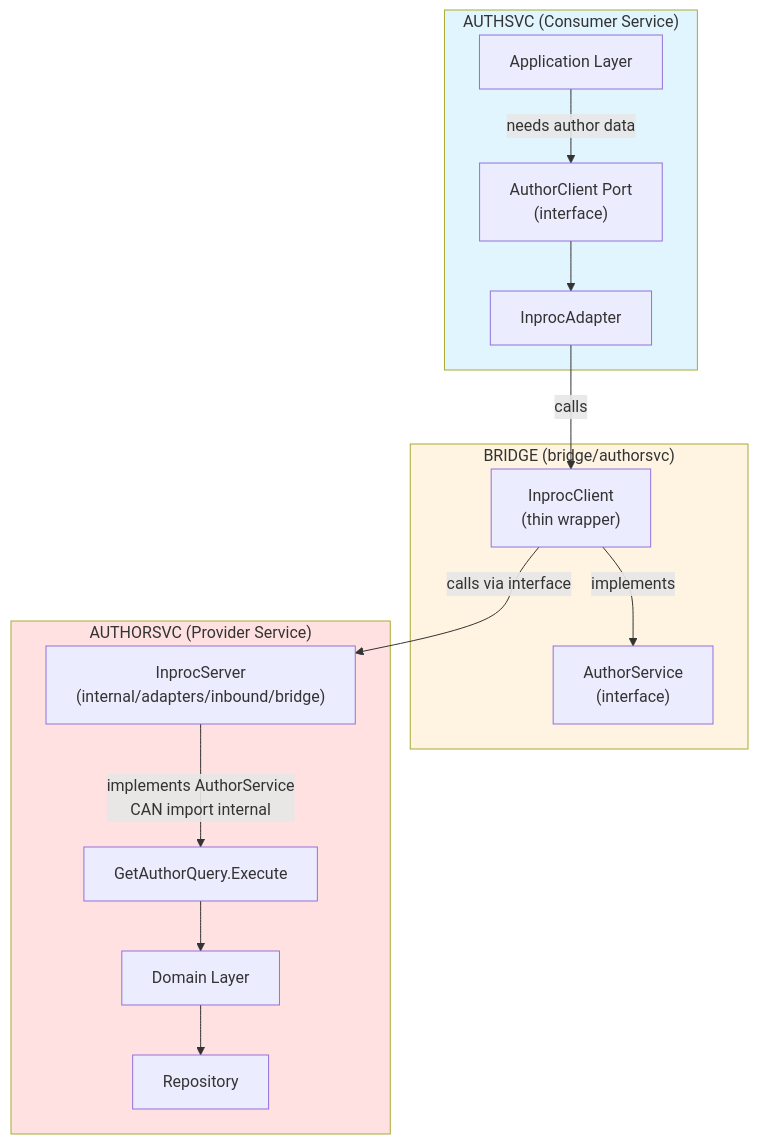
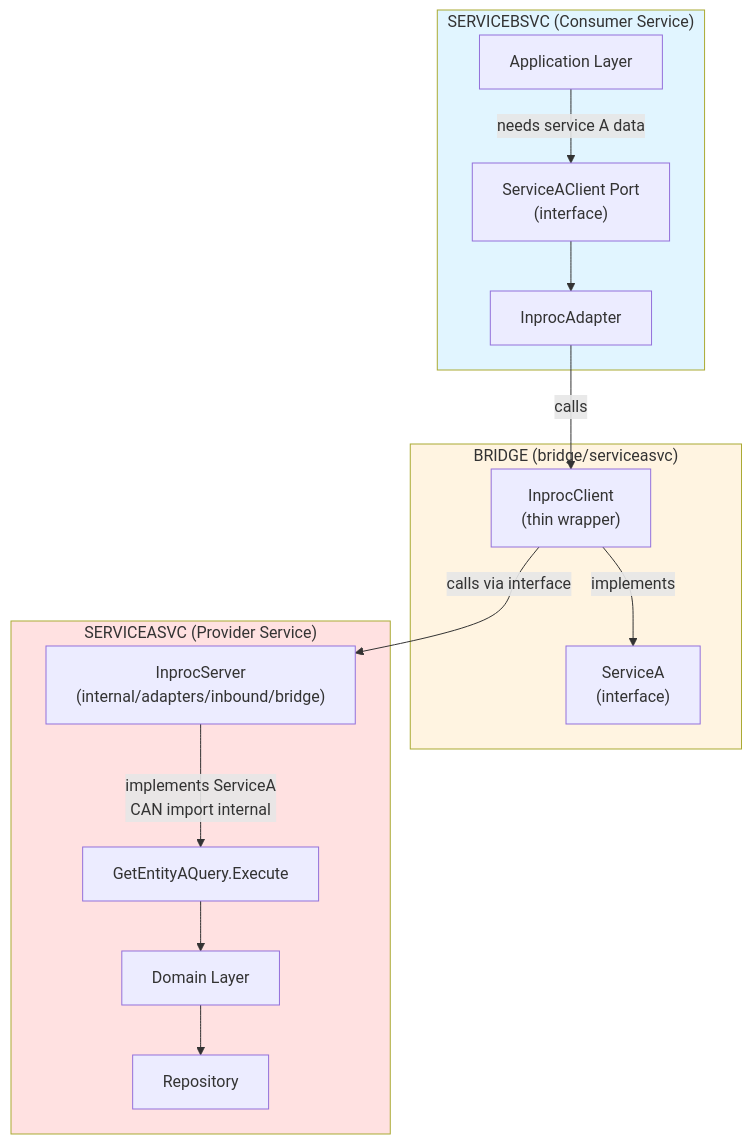
One commit to pivaldi/go-modular-monolith-white-paper changed the diagram in bridge-module-pattern.md. Above: the diagram before and after it, drawn with Mermaid. The commit also changed other lines of this file and 2 other files, not shown here.

Commit message:
Rewrite doc using serviceA/serviceB instead of athor/auth services

````diff
--- a/bridge-module-pattern.md
+++ b/bridge-module-pattern.md
@@ -86,36 +86,36 @@
 ```mermaid
 graph TB
-    subgraph consumer["AUTHSVC (Consumer Service)"]
+    subgraph consumer["SERVICEBSVC (Consumer Service)"]
         app_layer["Application Layer"]
-        port["AuthorClient Port<br/>(interface)"]
+        port["ServiceAClient Port<br/>(interface)"]
         inproc_adapter["InprocAdapter"]
 
-        app_layer -->|needs author data| port
+        app_layer -->|needs service A data| port
         port --> inproc_adapter
     end
 
-    subgraph bridge["BRIDGE (bridge/authorsvc)"]
+    subgraph bridge["BRIDGE (bridge/serviceasvc)"]
         inproc_client["InprocClient<br/>(thin wrapper)"]
-        interface["AuthorService<br/>(interface)"]
+        interface["ServiceA<br/>(interface)"]
 
         inproc_client -->|implements| interface
     end
 
-    subgraph provider["AUTHORSVC (Provider Service)"]
+    subgraph provider["SERVICEASVC (Provider Service)"]
         inproc_server["InprocServer<br/>(internal/adapters/inbound/bridge)"]
-        query["GetAuthorQuery.Execute"]
+        query["GetEntityAQuery.Execute"]
         domain["Domain Layer"]
         repo["Repository"]
 
-        inproc_server -->|implements AuthorService<br/>CAN import internal| query
+        inproc_server -->|implements ServiceA<br/>CAN import internal| query
         query --> domain
         domain --> repo
     end
 
     inproc_adapter -->|calls| inproc_client
     inproc_client -->|calls via interface| inproc_server
 
     style consumer fill:#e1f5ff
     style bridge fill:#fff4e1
     style provider fill:#ffe1e1
 ```
````
